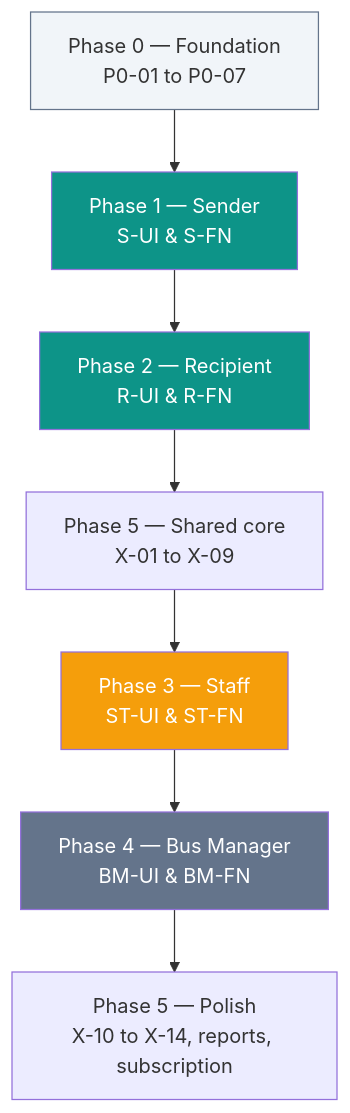
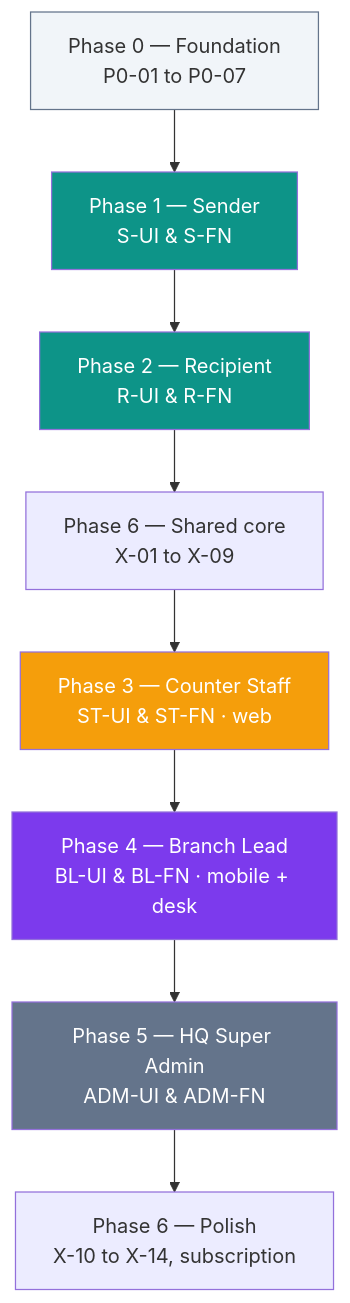
The ninth of 9 diagrams in IMPLEMENTATION_TASKS.md (CongoMusahAdama/parcela), drawn with Mermaid before and after one commit. The commit also changed other lines of this file and 226 other files, not shown here.

First line of the commit message:
Add HQ, staff, and lead portals with operator-scoped live APIs.

````diff
--- a/IMPLEMENTATION_TASKS.md
+++ b/IMPLEMENTATION_TASKS.md
@@ -240,15 +329,17 @@
 ```mermaid
 flowchart TD
     P0[Phase 0 — Foundation<br/>P0-01 to P0-07] --> P1[Phase 1 — Sender<br/>S-UI & S-FN]
     P1 --> P2[Phase 2 — Recipient<br/>R-UI & R-FN]
-    P2 --> X[Phase 5 — Shared core<br/>X-01 to X-09]
-    X --> P3[Phase 3 — Staff<br/>ST-UI & ST-FN]
-    P3 --> P4[Phase 4 — Bus Manager<br/>BM-UI & BM-FN]
-    P4 --> X2[Phase 5 — Polish<br/>X-10 to X-14, reports, subscription]
+    P2 --> X[Phase 6 — Shared core<br/>X-01 to X-09]
+    X --> P3[Phase 3 — Counter Staff<br/>ST-UI & ST-FN · web]
+    P3 --> P4[Phase 4 — Branch Lead<br/>BL-UI & BL-FN · mobile + desk]
+    P4 --> P5[Phase 5 — HQ Super Admin<br/>ADM-UI & ADM-FN]
+    P5 --> X2[Phase 6 — Polish<br/>X-10 to X-14, subscription]
 
     style P0 fill:#f1f5f9,stroke:#64748B
     style P1 fill:#0D9488,color:#fff
     style P2 fill:#0D9488,color:#fff
     style P3 fill:#F59E0B,color:#fff
-    style P4 fill:#64748B,color:#fff
+    style P4 fill:#7c3aed,color:#fff
+    style P5 fill:#64748B,color:#fff
 ```
````
